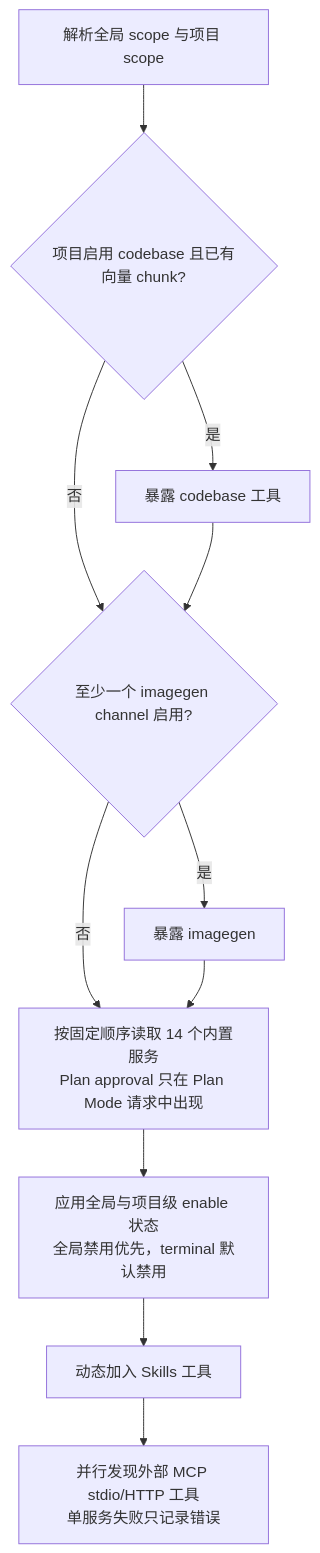
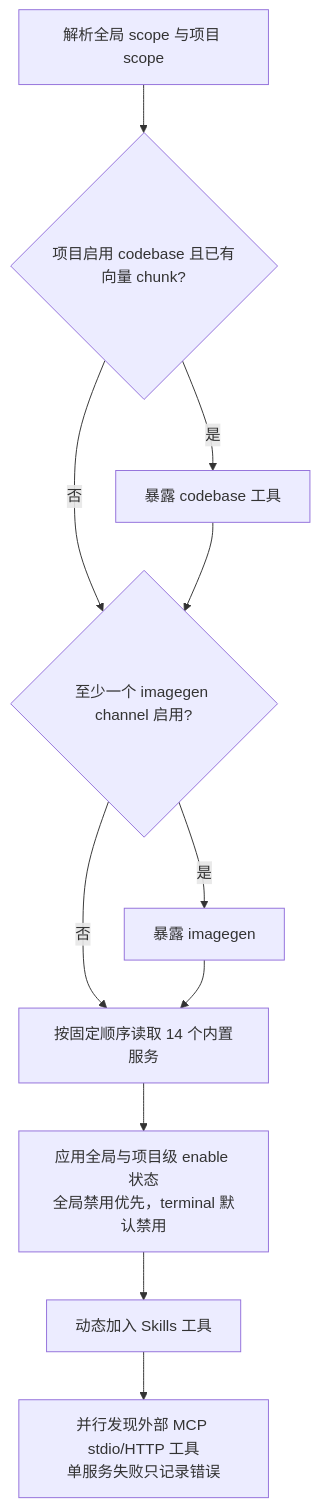
Before and after one commit to BaSui01/snow-app: diagram 12 of 23 in docs/zh-CN/4-架构与开发/4-Agent运行时与工具编排.md, drawn with Mermaid. The commit also changed other lines of this file and 135 other files, not shown here.

First line of the commit message:
refactor: remove Plan Mode feature

````diff
--- a/docs/zh-CN/4-架构与开发/4-Agent运行时与工具编排.md
+++ b/docs/zh-CN/4-架构与开发/4-Agent运行时与工具编排.md
@@ -478,13 +478,13 @@
 ```mermaid
 flowchart TD
     A[解析全局 scope 与项目 scope] --> B{项目启用 codebase 且已有向量 chunk?}
     B -- 是 --> C[暴露 codebase 工具]
     B -- 否 --> D
     C --> D{至少一个 imagegen channel 启用?}
     D -- 是 --> E[暴露 imagegen]
     D -- 否 --> F
-    E --> F[按固定顺序读取 14 个内置服务<br/>Plan approval 只在 Plan Mode 请求中出现]
+    E --> F[按固定顺序读取 14 个内置服务]
     F --> G[应用全局与项目级 enable 状态<br/>全局禁用优先，terminal 默认禁用]
     G --> H[动态加入 Skills 工具]
     H --> I[并行发现外部 MCP stdio/HTTP 工具<br/>单服务失败只记录错误]
 ```
````
